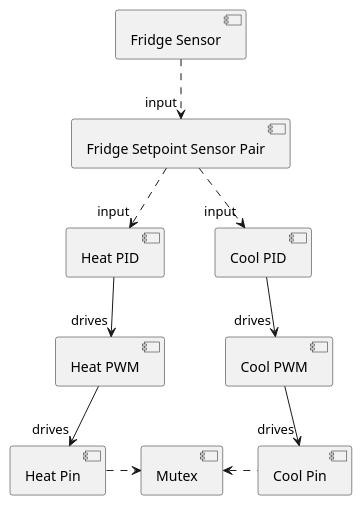
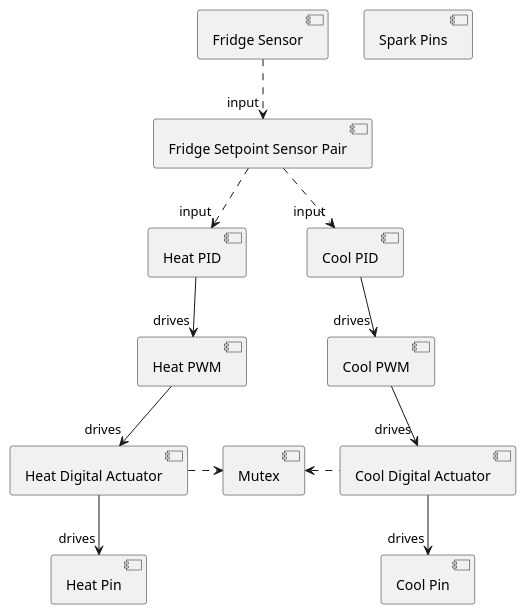
Before and after one commit to BrewBlox/brewblox-documentation: the diagram in docs/uml/fridge_chain.puml, drawn with PlantUML. The commit also changed 7 other files, not shown here.

```diff
--- a/docs/uml/fridge_chain.puml
+++ b/docs/uml/fridge_chain.puml
@@ -1,27 +1,32 @@
 @startuml Fridge Control Chain
 component heat_PID as "Heat PID"
 component heat_PWM as "Heat PWM"
+component heat_Digital as "Heat Digital Actuator"
 component heat_Pin as "Heat Pin"
 
 component cool_PID as "Cool PID"
 component cool_PWM as "Cool PWM"
+component cool_Digital as "Cool Digital Actuator"
 component cool_Pin as "Cool Pin"
 
 component fridge_SSP as "Fridge Setpoint Sensor Pair"
 component fridge_Sensor as "Fridge Sensor"
 
 component Mutex
+component SparkPins as "Spark Pins"
 
 fridge_Sensor .down.> "input" fridge_SSP
 fridge_SSP .down.> "input" heat_PID
 fridge_SSP .down.> "input" cool_PID
 
 heat_PID -down-> "drives" heat_PWM
-heat_PWM -down-> "drives" heat_Pin
-heat_Pin .right.> Mutex
+heat_PWM -down-> "drives" heat_Digital
+heat_Digital -down-> "drives" heat_Pin
+heat_Digital .right.> Mutex
 
 cool_PID -down-> "drives" cool_PWM
-cool_PWM -down-> "drives" cool_Pin
-cool_Pin .left.> Mutex
+cool_PWM -down-> "drives" cool_Digital
+cool_Digital -down-> "drives" cool_Pin
+cool_Digital .left.> Mutex
 
 @enduml
```
